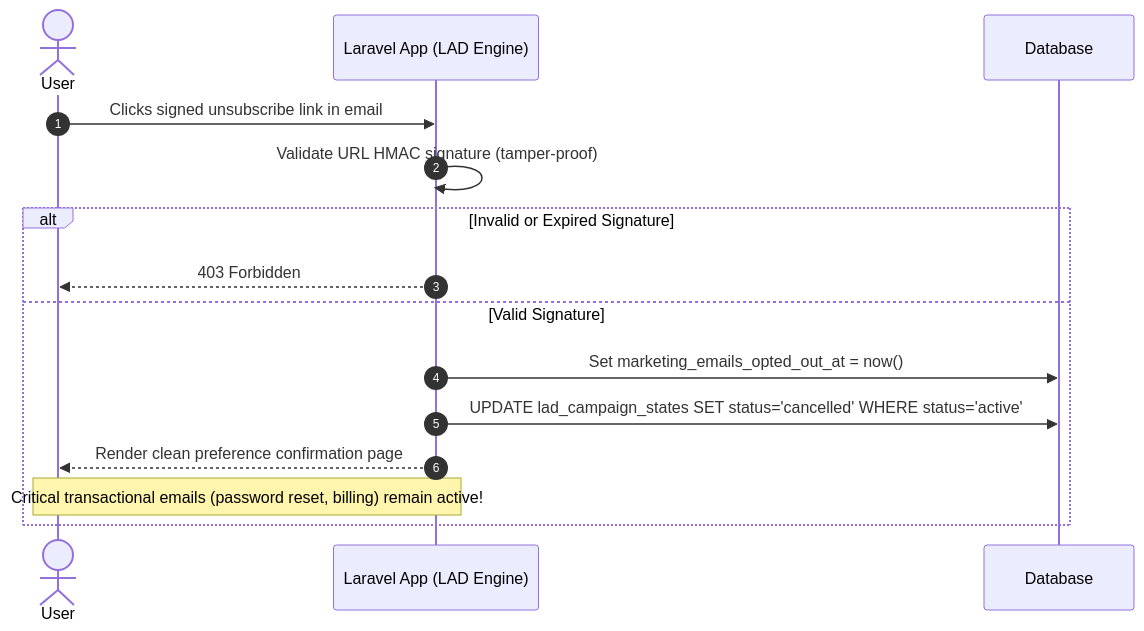
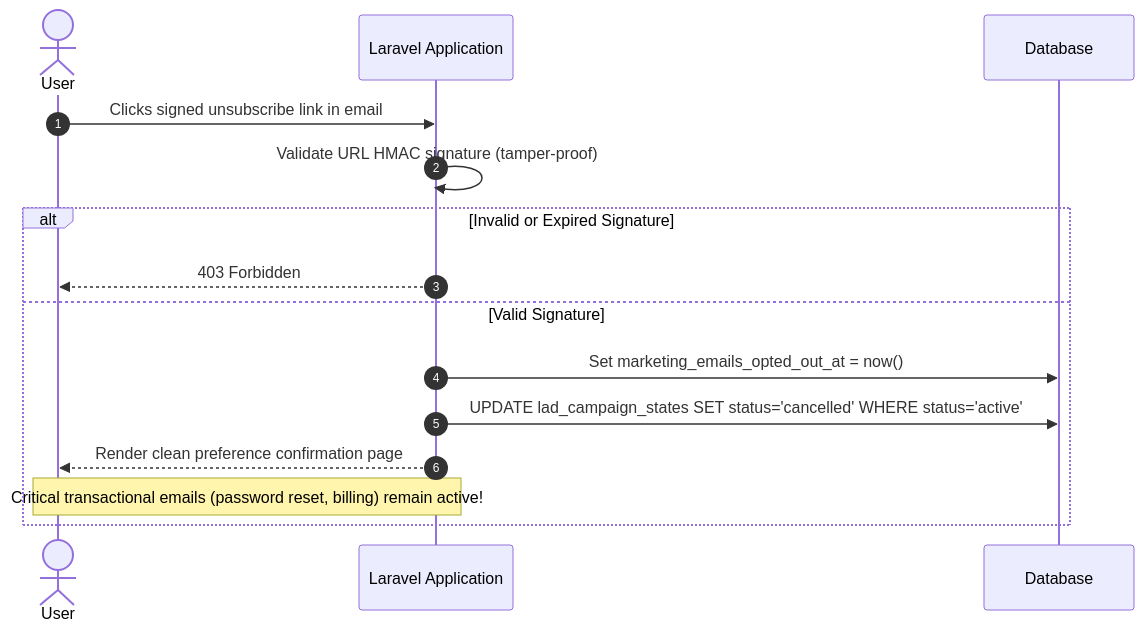
The fourth of 4 diagrams in README.md (ismail-rt/laravel-atlas-drip), drawn with Mermaid before and after one commit. The commit also changed other lines of this file and 4 other files, not shown here.

Commit message:
Enhance README documentation with rendered SVG diagrams and full naming

````diff
--- a/README.md
+++ b/README.md
@@ -160,18 +191,18 @@
 ```mermaid
 sequenceDiagram
     autonumber
     actor User as User
-    participant App as Laravel App (LAD Engine)
+    participant App as Laravel Application
     participant DB as Database
 
     User->>App: Clicks signed unsubscribe link in email
     App->>App: Validate URL HMAC signature (tamper-proof)
     alt Invalid or Expired Signature
         App-->>User: 403 Forbidden
     else Valid Signature
         App->>DB: Set marketing_emails_opted_out_at = now()
         App->>DB: UPDATE lad_campaign_states SET status='cancelled' WHERE status='active'
         App-->>User: Render clean preference confirmation page
         Note over User,App: Critical transactional emails (password reset, billing) remain active!
     end
 ```
````
